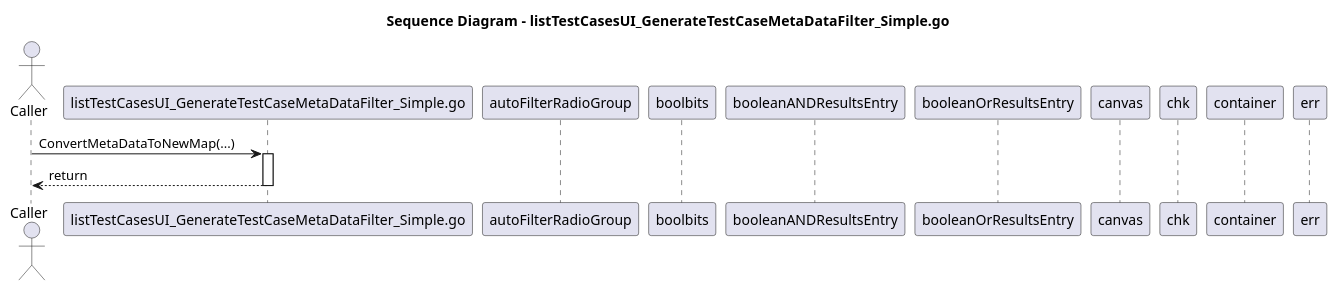
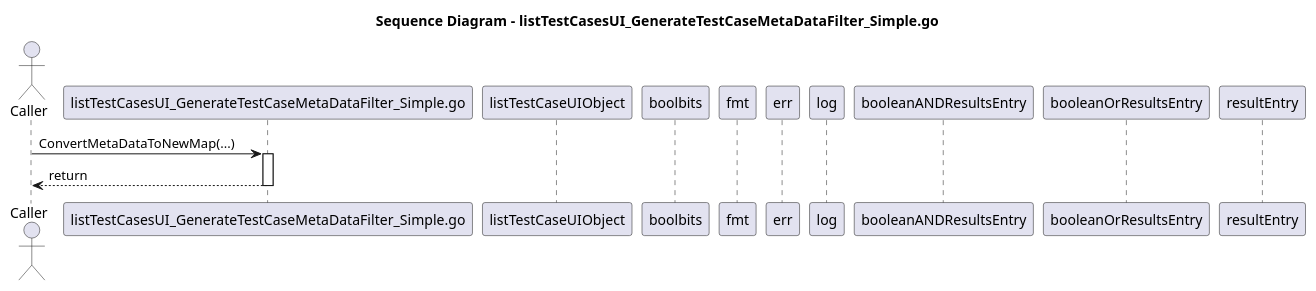
One commit to jlambert68/FenixTesterGui changed the diagram in testCases/listTestCasesUI/docs/listTestCasesUI_GenerateTestCaseMetaDataFilter_Simple_sequence.puml. Above: the diagram before and after it, drawn with PlantUML. The commit also changed 707 other files, not shown here.

Commit message:
Added md-files, activity-diagrams and sequence-diagrams for all go-files, v3

```diff
--- a/testCases/listTestCasesUI/docs/listTestCasesUI_GenerateTestCaseMetaDataFilter_Simple_sequence.puml
+++ b/testCases/listTestCasesUI/docs/listTestCasesUI_GenerateTestCaseMetaDataFilter_Simple_sequence.puml
@@ -1,17 +1,17 @@
 @startuml
 title Sequence Diagram - listTestCasesUI_GenerateTestCaseMetaDataFilter_Simple.go
 actor Caller
 participant "listTestCasesUI_GenerateTestCaseMetaDataFilter_Simple.go" as File
-participant "autoFilterRadioGroup" as autoFilterRadioGroup
+participant "listTestCaseUIObject" as listTestCaseUIObject
 participant "boolbits" as boolbits
+participant "fmt" as fmt
+participant "err" as err
+participant "log" as log
 participant "booleanANDResultsEntry" as booleanANDResultsEntry
 participant "booleanOrResultsEntry" as booleanOrResultsEntry
-participant "canvas" as canvas
-participant "chk" as chk
-participant "container" as container
-participant "err" as err
+participant "resultEntry" as resultEntry
 Caller -> File: ConvertMetaDataToNewMap(...)
 activate File
 File --> Caller: return
 deactivate File
 @enduml
```
